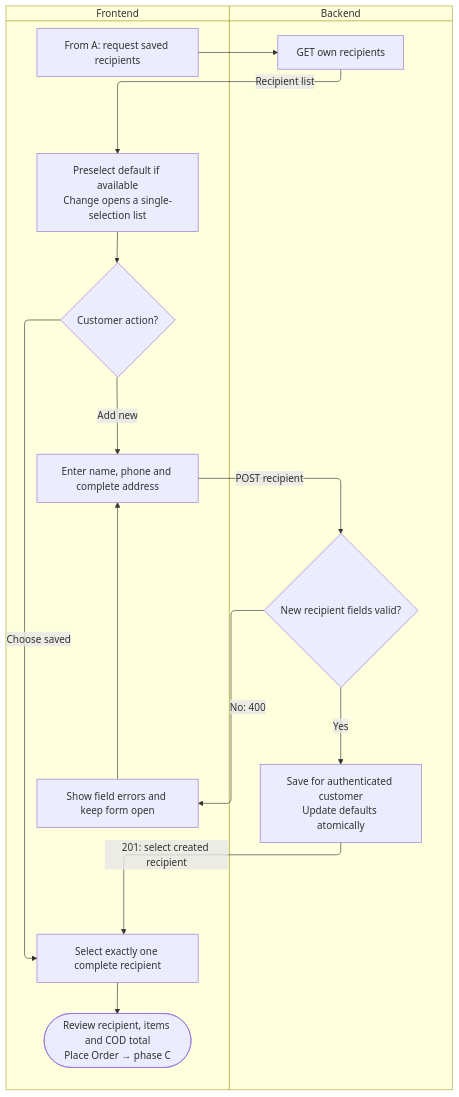
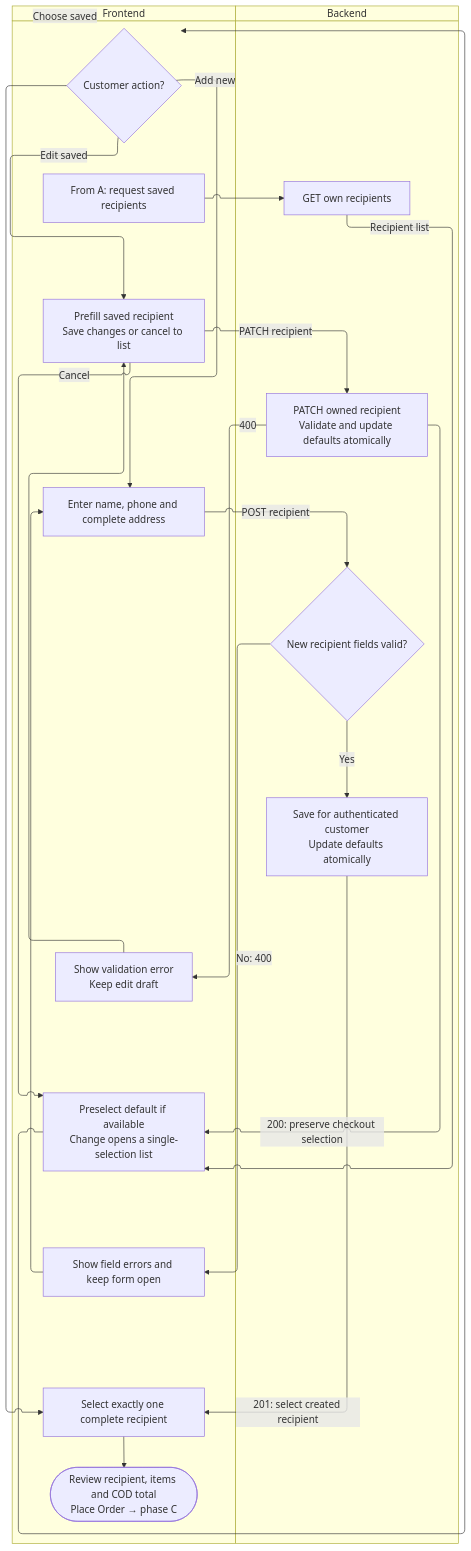
Before and after one commit to RHILIUS/E-Commerce-Docs: the second of 4 diagrams in diagrams/specific-business-processes/checkout/cod-checkout.md, drawn with Mermaid. The commit also changed other lines of this file, not shown here.

Commit message:
fix(docs): enhance Cash on Delivery checkout documentation with recipient editing details

````diff
--- a/diagrams/specific-business-processes/checkout/cod-checkout.md
+++ b/diagrams/specific-business-processes/checkout/cod-checkout.md
@@ -69,28 +69,37 @@
 ```mermaid
 swimlane-beta TB
     subgraph B_UI["Frontend"]
         B_start["From A: request saved recipients"]
         B_list["Preselect default if available<br/>Change opens a single-selection list"]
         B_action{"Customer action?"}
         B_form["Enter name, phone and complete address"]
         B_error["Show field errors and keep form open"]
         B_select["Select exactly one complete recipient"]
         B_next(["Review recipient, items and COD total<br/>Place Order → phase C"])
         B_list --> B_action
+        B_edit["Prefill saved recipient<br/>Save changes or cancel to list"]
+        B_edit_error["Show validation error<br/>Keep edit draft"]
+        B_action -->|Edit saved| B_edit
+        B_edit -->|Cancel| B_list
         B_action -->|Add new| B_form
         B_action -->|Choose saved| B_select
         B_error --> B_form
         B_select --> B_next
     end
     subgraph B_API["Backend"]
+        B_update["PATCH owned recipient<br/>Validate and update defaults atomically"]
         B_get["GET own recipients"]
         B_validate{"New recipient fields valid?"}
         B_save["Save for authenticated customer<br/>Update defaults atomically"]
         B_validate -->|Yes| B_save
     end
+    B_edit -->|PATCH recipient| B_update
+    B_update -->|200: preserve checkout selection| B_list
+    B_update -->|400| B_edit_error
+    B_edit_error --> B_edit
     B_start --> B_get
     B_get -->|Recipient list| B_list
     B_form -->|POST recipient| B_validate
     B_validate -->|No: 400| B_error
     B_save -->|201: select created recipient| B_select
 ```
````
